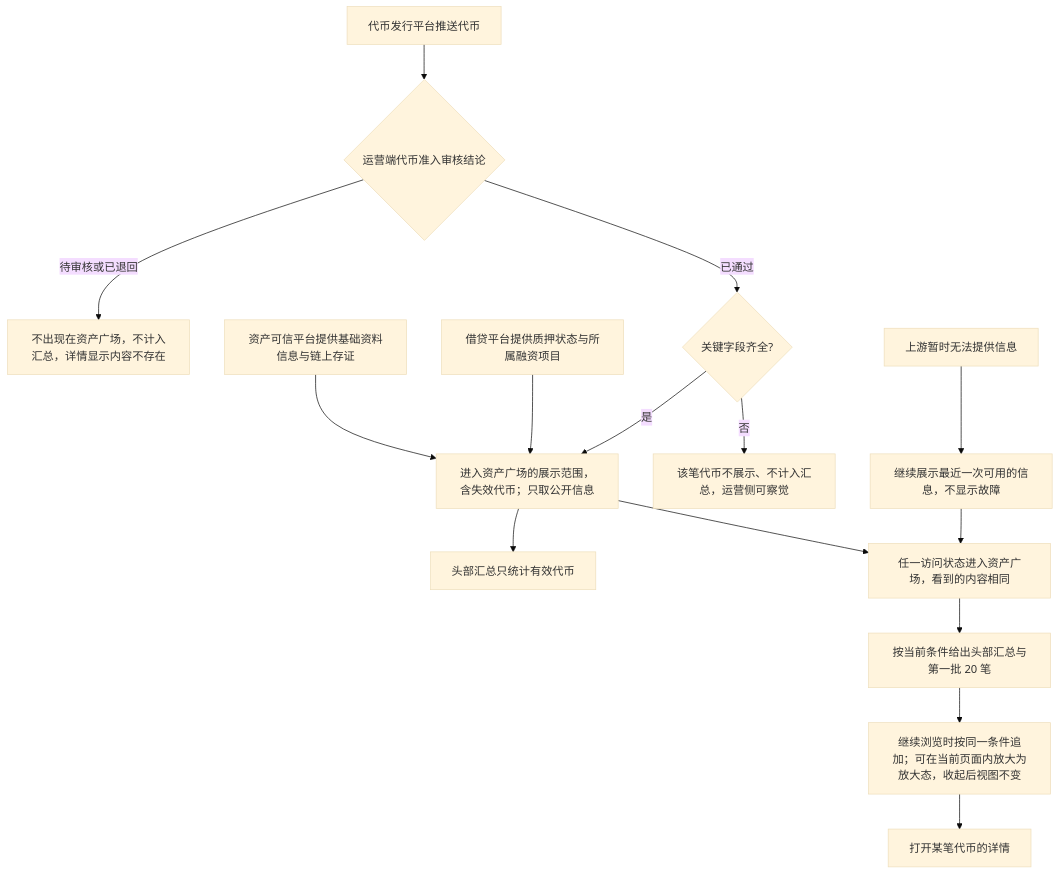
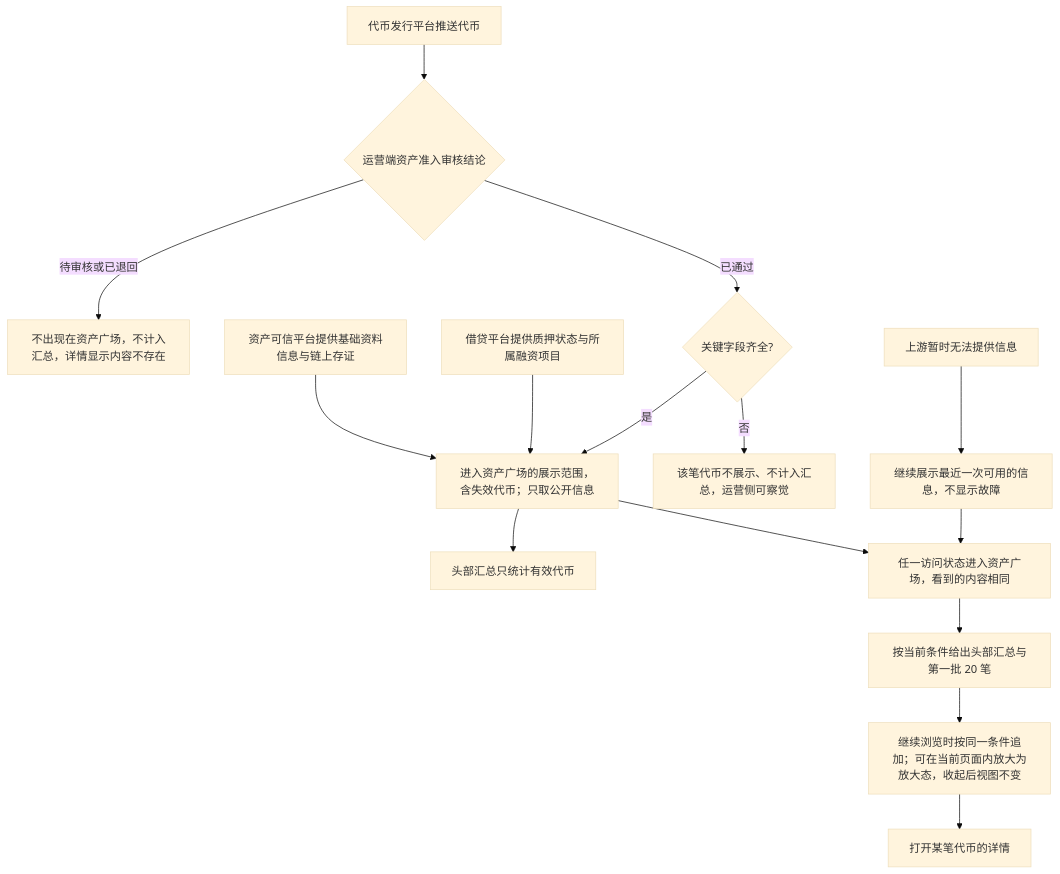
The first of 6 diagrams in lending-platform/PRD/面客端/04-资产广场-已上架代币只读域/02-资产广场-流程图与状态机.md (wxblockchain/Chain-Financing), drawn with Mermaid (base theme) before and after one commit. The commit also changed 18 other files, not shown here.

````diff
--- a/lending-platform/PRD/面客端/04-资产广场-已上架代币只读域/02-资产广场-流程图与状态机.md
+++ b/lending-platform/PRD/面客端/04-资产广场-已上架代币只读域/02-资产广场-流程图与状态机.md
@@ -19,17 +19,17 @@
 ```mermaid
 flowchart TD
-  T[代币发行平台推送代币] --> A{运营端代币准入审核结论}
+  T[代币发行平台推送代币] --> A{运营端资产准入审核结论}
   A -->|待审核或已退回| N[不出现在资产广场，不计入汇总，详情显示内容不存在]
   A -->|已通过| B{关键字段齐全?}
   S[资产可信平台提供基础资料信息与链上存证] --> D
   P[借贷平台提供质押状态与所属融资项目] --> D
   B -->|否| C[该笔代币不展示、不计入汇总，运营侧可察觉]
   B -->|是| D[进入资产广场的展示范围，含失效代币；只取公开信息]
   D --> Q[头部汇总只统计有效代币]
   D --> E[任一访问状态进入资产广场，看到的内容相同]
   E --> F[按当前条件给出头部汇总与第一批 20 笔]
   F --> G[继续浏览时按同一条件追加；可在当前页面内放大为放大态，收起后视图不变]
   G --> H[打开某笔代币的详情]
   U[上游暂时无法提供信息] --> V[继续展示最近一次可用的信息，不显示故障]
   V --> E
 ```
````
